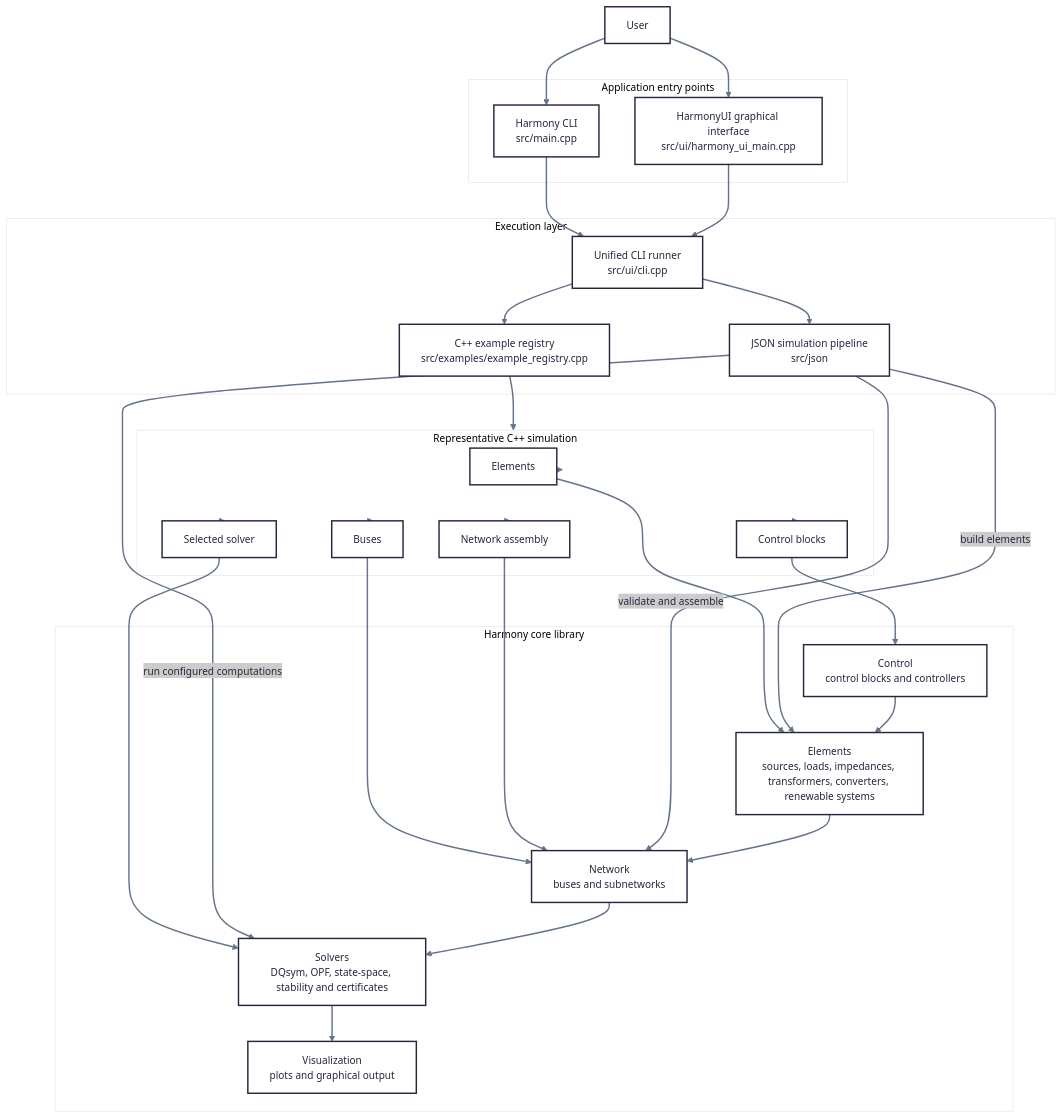
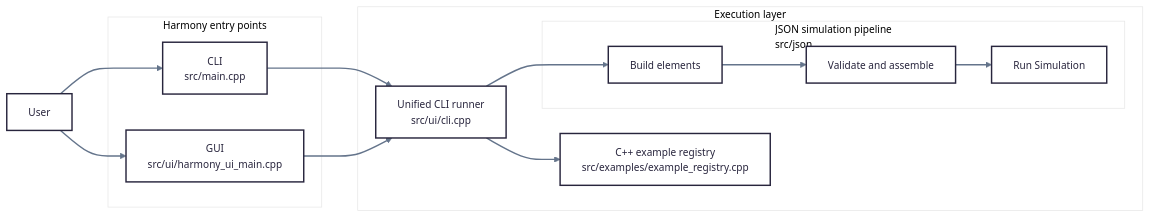
The diagram in architecture.md (yiquintero/tmp), drawn with Mermaid before and after one commit.

Commit message:
Refactor architecture flowchart and entry points
Updated flowchart direction and structure, modified entry points, and refined JSON simulation pipeline.

````diff
--- a/architecture.md
+++ b/architecture.md
@@ -2,67 +2,29 @@
 ```mermaid
 ---
 config:
   theme: redux-color
   themeVariables:
-    lineColor: "#64748B"
+    lineColor: '#64748B'
 ---
-flowchart TD
-    USER["User"]
-
-    subgraph ENTRY["Application entry points"]
-        CLI["Harmony CLI<br/>src/main.cpp"]
-        GUI["HarmonyUI graphical interface<br/>src/ui/harmony_ui_main.cpp"]
-    end
-
-    subgraph RUN["Execution layer"]
-        RUNNER["Unified CLI runner<br/>src/ui/cli.cpp"]
-        CPPREG["C++ example registry<br/>src/examples/example_registry.cpp"]
-        JSON["JSON simulation pipeline<br/>src/json"]
-    end
-
-    subgraph CORE["Harmony core library"]
-        ELEMENTS["Elements<br/>sources, loads, impedances, transformers, converters, renewable systems"]
-        CONTROL["Control<br/>control blocks and controllers"]
-        NETWORK["Network<br/>buses and subnetworks"]
-        SOLVERS["Solvers<br/>DQsym, OPF, state-space, stability and certificates"]
-        VIS["Visualization<br/>plots and graphical output"]
-    end
-
-    subgraph EXAMPLE["Representative C++ simulation"]
-        EXELEMENT["Elements"]
-        EXCONTROL["Control blocks"]
-        EXBUS["Buses"]
-        EXNETWORK["Network assembly"]
-        EXSOLVER["Selected solver"]
-    end
-
-    USER --> CLI
-    USER --> GUI
+flowchart LR
+ subgraph ENTRY["Harmony entry points"]
+        CLI["CLI<br>src/main.cpp"]
+        GUI["GUI<br>src/ui/harmony_ui_main.cpp"]
+  end
+ subgraph JSONPIPE["JSON simulation pipeline<br>src/json"]
+        J1["Build elements"]
+        J2["Validate and assemble"]
+        J3["Run Simulation"]
+  end
+ subgraph RUN["Execution layer"]
+        RUNNER["Unified CLI runner<br>src/ui/cli.cpp"]
+        CPPREG["C++ example registry<br>src/examples/example_registry.cpp"]
+        JSONPIPE
+  end
+    J1 --> J2
+    J2 --> J3
+    USER["User"] --> CLI & GUI
     CLI --> RUNNER
     GUI --> RUNNER
-
-    RUNNER --> CPPREG
-    RUNNER --> JSON
-
-    CPPREG --> EXAMPLE
-    EXAMPLE --> EXELEMENT
-    EXAMPLE --> EXCONTROL
-    EXAMPLE --> EXBUS
-    EXAMPLE --> EXNETWORK
-    EXAMPLE --> EXSOLVER
-
-    EXELEMENT --> ELEMENTS
-    EXCONTROL --> CONTROL
-    EXBUS --> NETWORK
-    EXNETWORK --> NETWORK
-    EXSOLVER --> SOLVERS
-
-    JSON -->|"validate and assemble"| NETWORK
-    JSON -->|"build elements"| ELEMENTS
-    JSON -->|"run configured computations"| SOLVERS
-
-    ELEMENTS --> NETWORK
-    CONTROL --> ELEMENTS
-    NETWORK --> SOLVERS
-    SOLVERS --> VIS
+    RUNNER --> CPPREG & J1
 ```
````
